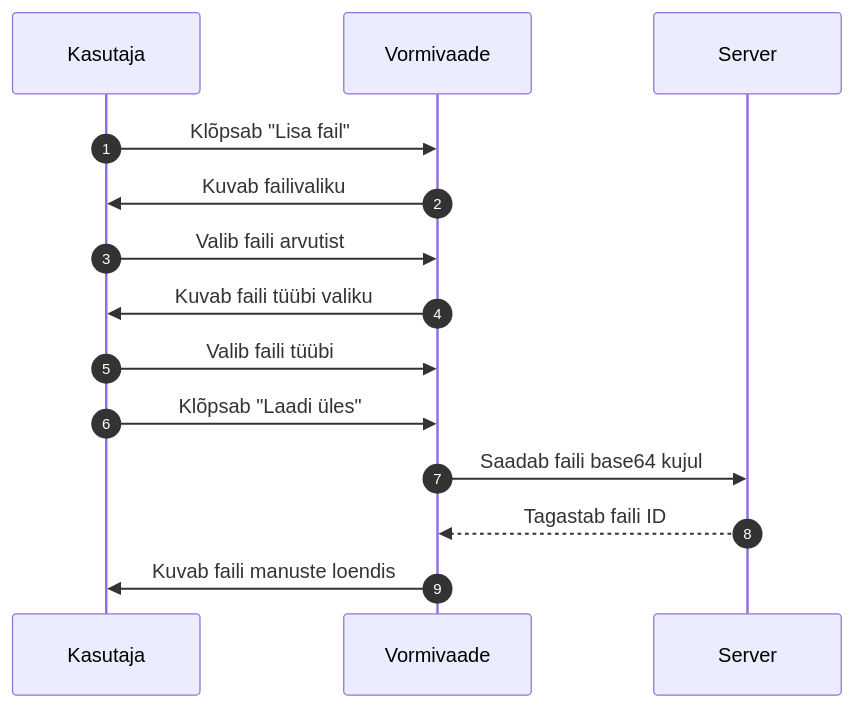
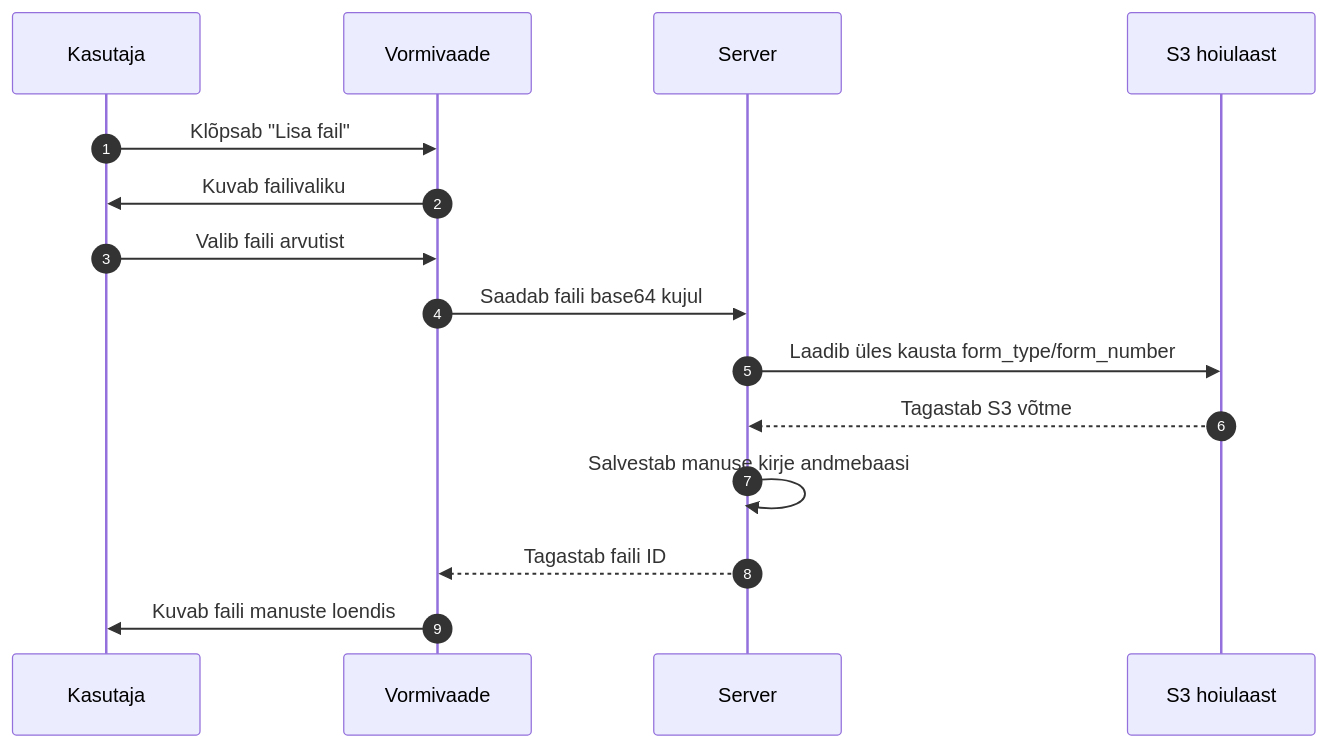
Before and after one commit to kemit-ee/ljvis-2: the eighth of 12 diagrams in docs/user-guide.md, drawn with Mermaid. The commit also changed other lines of this file and 6 other files, not shown here.

````diff
--- a/docs/user-guide.md
+++ b/docs/user-guide.md
@@ -1112,17 +1114,18 @@
 ```mermaid
 sequenceDiagram
     autonumber
     participant K as Kasutaja
     participant V as Vormivaade
     participant S as Server
+    participant S3 as S3 hoiulaast
 
     K->>V: Klõpsab "Lisa fail"
     V->>K: Kuvab failivaliku
     K->>V: Valib faili arvutist
-    V->>K: Kuvab faili tüübi valiku
-    K->>V: Valib faili tüübi
-    K->>V: Klõpsab "Laadi üles"
     V->>S: Saadab faili base64 kujul
+    S->>S3: Laadib üles kausta form_type/form_number
+    S3-->>S: Tagastab S3 võtme
+    S->>S: Salvestab manuse kirje andmebaasi
     S-->>V: Tagastab faili ID
     V->>K: Kuvab faili manuste loendis
 ```
````
